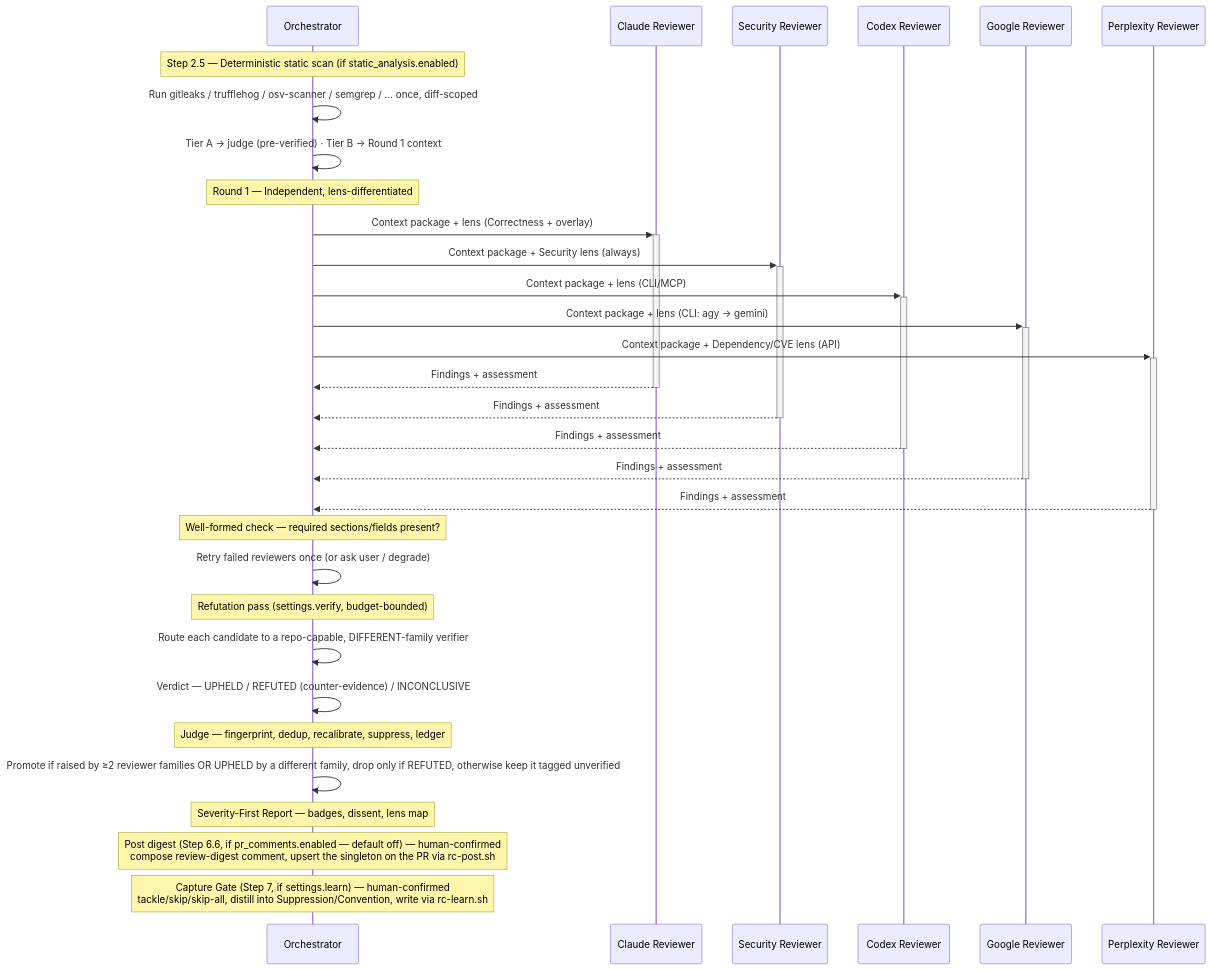
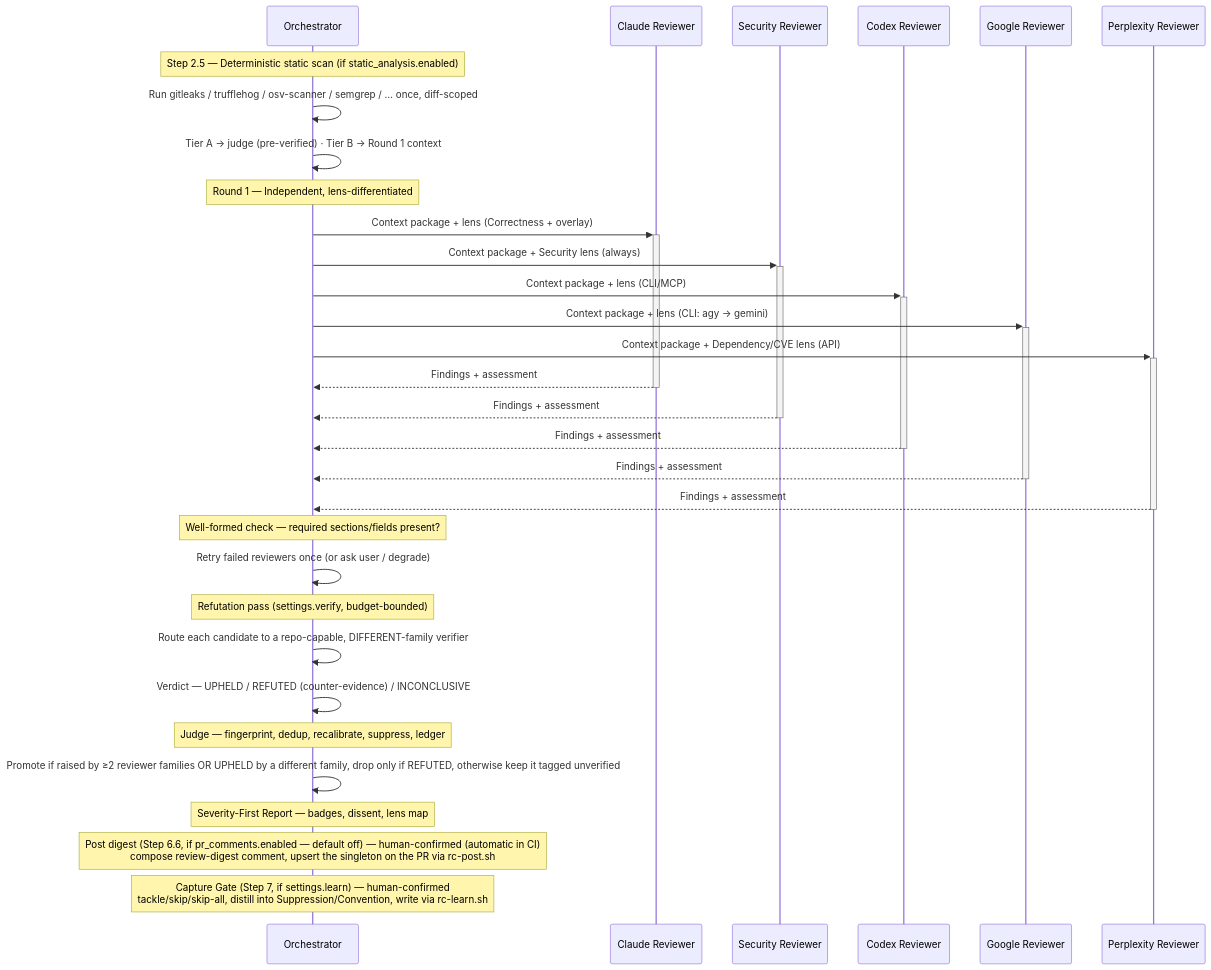
One commit to deployhq/review-council changed the third of 4 diagrams in README.md. Above: the diagram before and after it, drawn with Mermaid. The commit also changed other lines of this file and 6 other files, not shown here.

````diff
--- a/README.md
+++ b/README.md
@@ -401,41 +410,41 @@
 ```mermaid
 sequenceDiagram
     participant O as Orchestrator
     participant C as Claude Reviewer
     participant S as Security Reviewer
     participant X as Codex Reviewer
     participant G as Google Reviewer
     participant P as Perplexity Reviewer
 
     Note over O: Step 2.5 — Deterministic static scan (if static_analysis.enabled)
     O->>O: Run gitleaks / trufflehog / osv-scanner / semgrep / … once, diff-scoped
     O->>O: Tier A → judge (pre-verified) · Tier B → Round 1 context
 
     Note over O: Round 1 — Independent, lens-differentiated
     O->>+C: Context package + lens (Correctness + overlay)
     O->>+S: Context package + Security lens (always)
     O->>+X: Context package + lens (CLI/MCP)
     O->>+G: Context package + lens (CLI: agy → gemini)
     O->>+P: Context package + Dependency/CVE lens (API)
     C-->>-O: Findings + assessment
     S-->>-O: Findings + assessment
     X-->>-O: Findings + assessment
     G-->>-O: Findings + assessment
     P-->>-O: Findings + assessment
 
     Note over O: Well-formed check — required sections/fields present?
     O->>O: Retry failed reviewers once (or ask user / degrade)
 
     Note over O: Refutation pass (settings.verify, budget-bounded)
     O->>O: Route each candidate to a repo-capable, DIFFERENT-family verifier
     O->>O: Verdict — UPHELD / REFUTED (counter-evidence) / INCONCLUSIVE
 
     Note over O: Judge — fingerprint, dedup, recalibrate, suppress, ledger
     O->>O: Promote if raised by ≥2 reviewer families OR UPHELD by a different family, drop only if REFUTED, otherwise keep it tagged unverified
 
     Note over O: Severity-First Report — badges, dissent, lens map
 
-    Note over O: Post digest (Step 6.6, if pr_comments.enabled — default off) — human-confirmed<br/>compose review-digest comment, upsert the singleton on the PR via rc-post.sh
+    Note over O: Post digest (Step 6.6, if pr_comments.enabled — default off) — human-confirmed (automatic in CI)<br/>compose review-digest comment, upsert the singleton on the PR via rc-post.sh
 
     Note over O: Capture Gate (Step 7, if settings.learn) — human-confirmed<br/>tackle/skip/skip-all, distill into Suppression/Convention, write via rc-learn.sh
 ```
````
